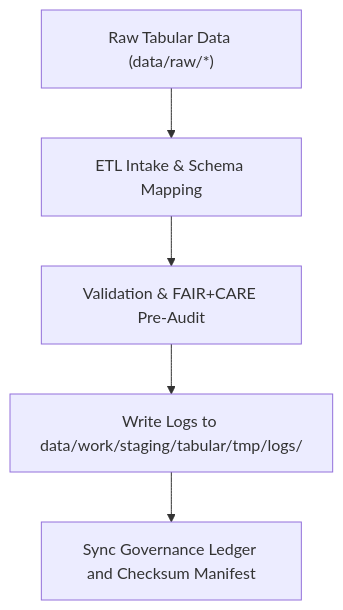
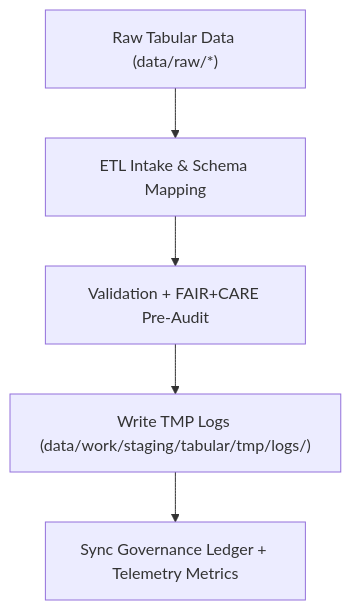
One commit to bartytime4life/Kansas-Frontier-Matrix changed the diagram in data/work/staging/tabular/tmp/logs/README.md. Above: the diagram before and after it, drawn with Mermaid. The commit also changed other lines of this file, not shown here.

````diff
--- a/data/work/staging/tabular/tmp/logs/README.md
+++ b/data/work/staging/tabular/tmp/logs/README.md
@@ -62,7 +68,7 @@
 ```mermaid
 flowchart TD
     A["Raw Tabular Data (data/raw/*)"] --> B["ETL Intake & Schema Mapping"]
-    B --> C["Validation & FAIR+CARE Pre-Audit"]
-    C --> D["Write Logs to data/work/staging/tabular/tmp/logs/"]
-    D --> E["Sync Governance Ledger and Checksum Manifest"]
+    B --> C["Validation + FAIR+CARE Pre-Audit"]
+    C --> D["Write TMP Logs (data/work/staging/tabular/tmp/logs/)"]
+    D --> E["Sync Governance Ledger + Telemetry Metrics"]
 ```
````
